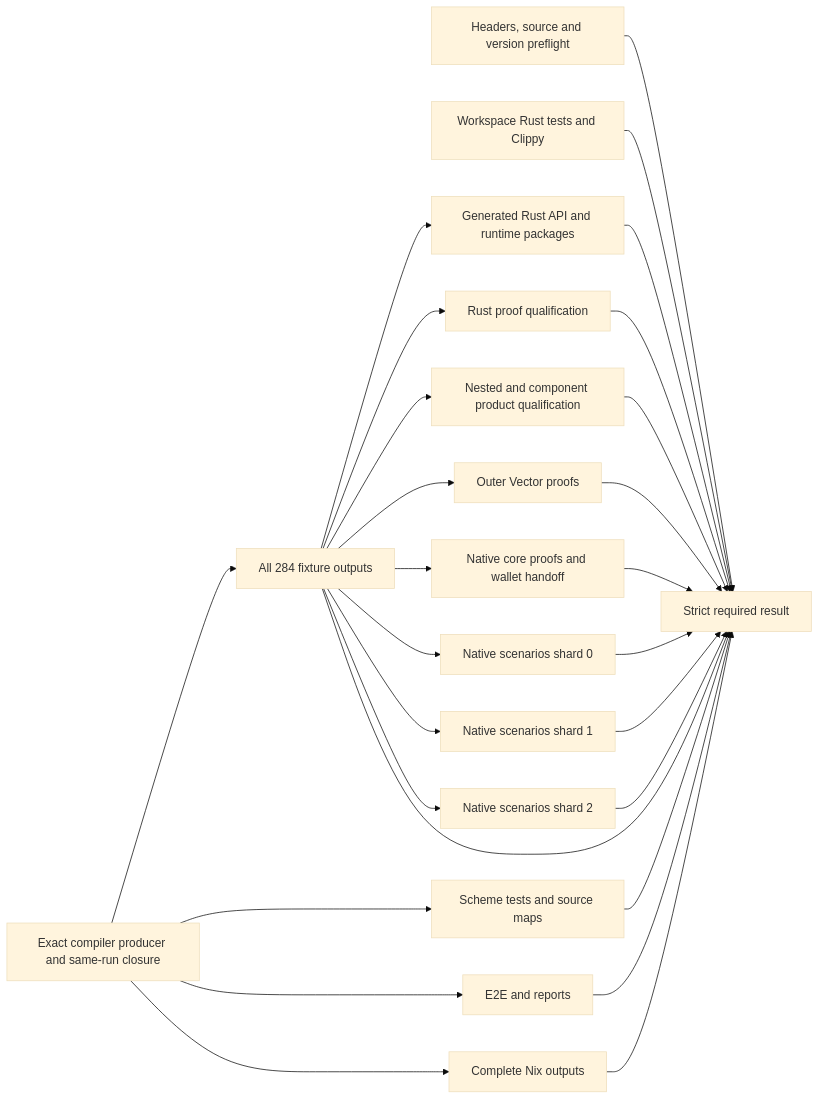
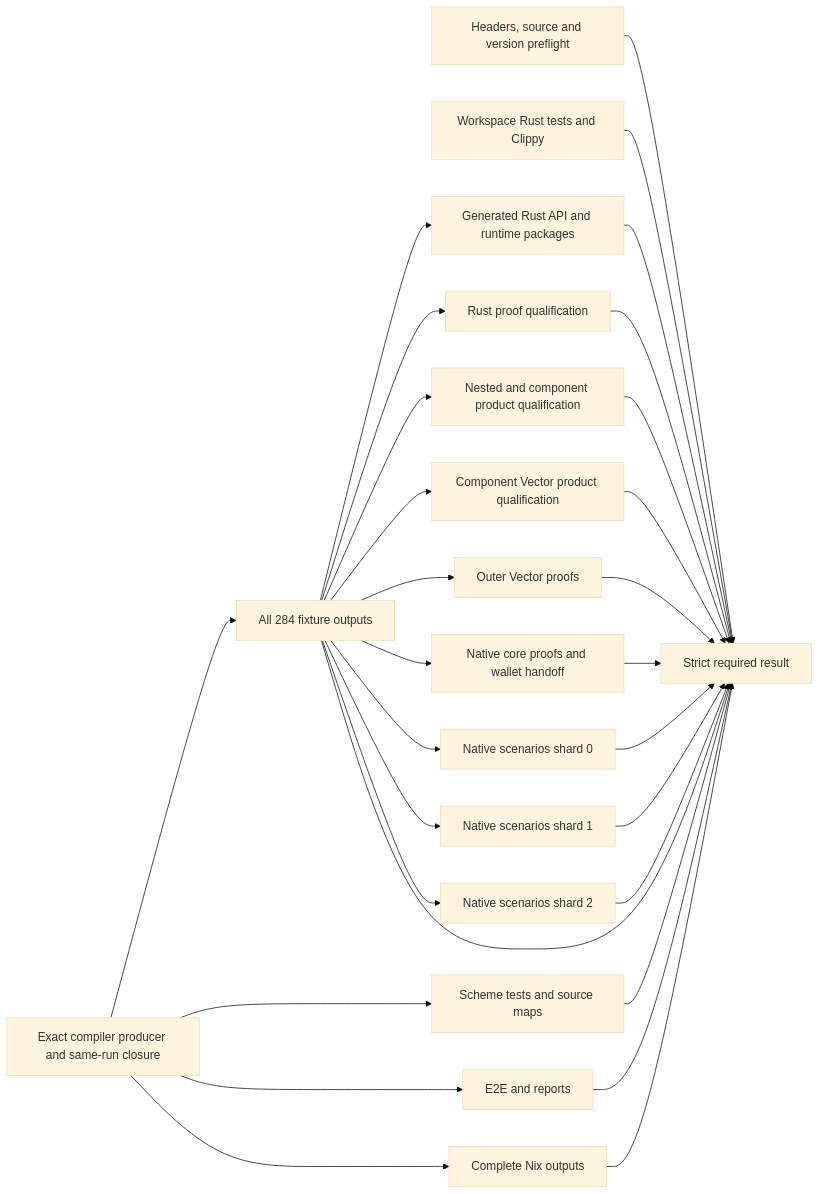
The diagram in doc/rust/plans/ci-test-graph.md (betsudo/compact), drawn with Mermaid (base theme) before and after one commit. The commit also changed other lines of this file and 3 other files, not shown here.

Commit message:
ci: isolate component Vector proof from nested product qualification

````diff
--- a/doc/rust/plans/ci-test-graph.md
+++ b/doc/rust/plans/ci-test-graph.md
@@ -98,29 +112,31 @@
 ```mermaid
 flowchart LR
     S[Headers, source and version preflight] --> G[Strict required result]
     WR[Workspace Rust tests and Clippy] --> G
     C[Exact compiler producer and same-run closure] --> F[All 284 fixture outputs]
     C --> T[Scheme tests and source maps]
     C --> E[E2E and reports]
     C --> N[Complete Nix outputs]
     F --> A[Generated Rust API and runtime packages]
     F --> P[Rust proof qualification]
     F --> Q[Nested and component product qualification]
+    F --> CV[Component Vector product qualification]
     F --> V[Outer Vector proofs]
     F --> NW[Native core proofs and wallet handoff]
     F --> M0[Native scenarios shard 0]
     F --> M1[Native scenarios shard 1]
     F --> M2[Native scenarios shard 2]
     F --> G
     T --> G
     E --> G
     N --> G
     A --> G
     P --> G
     Q --> G
+    CV --> G
     V --> G
     NW --> G
     M0 --> G
     M1 --> G
     M2 --> G
 ```
````
